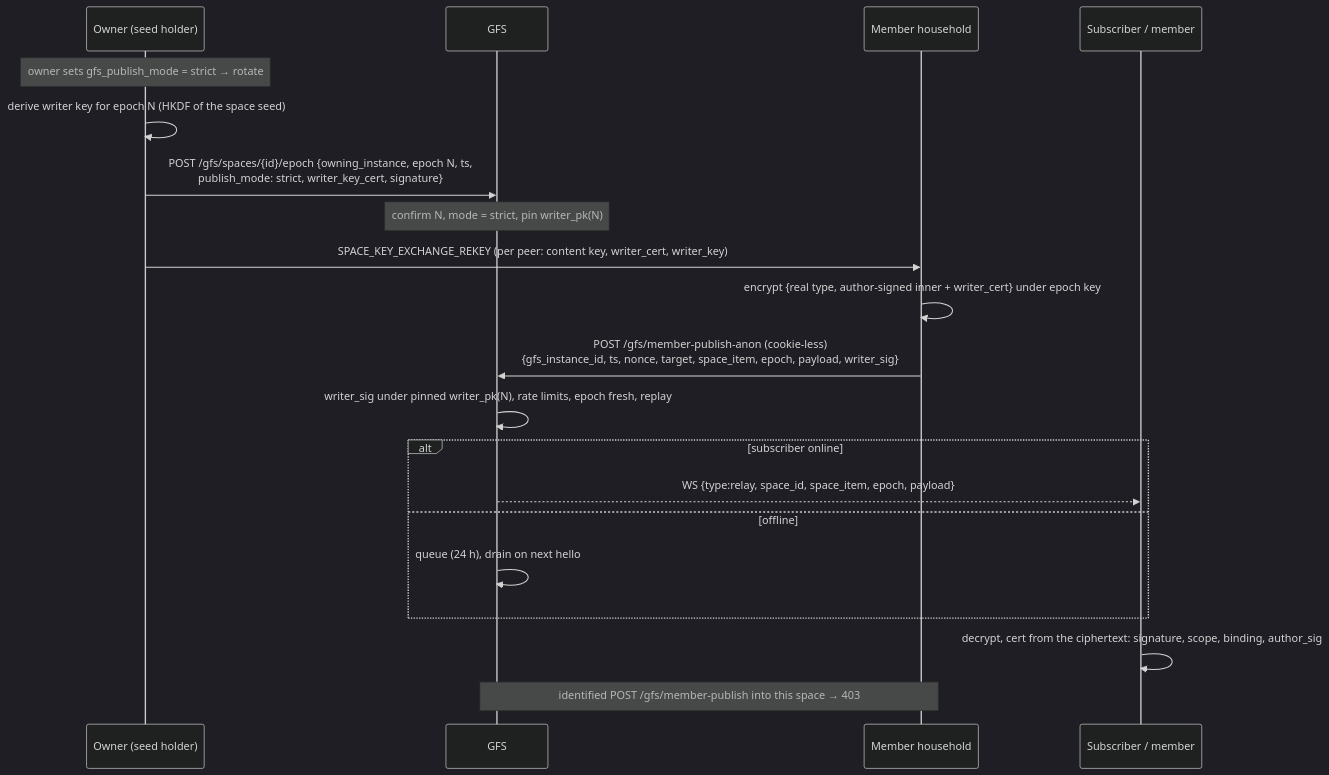
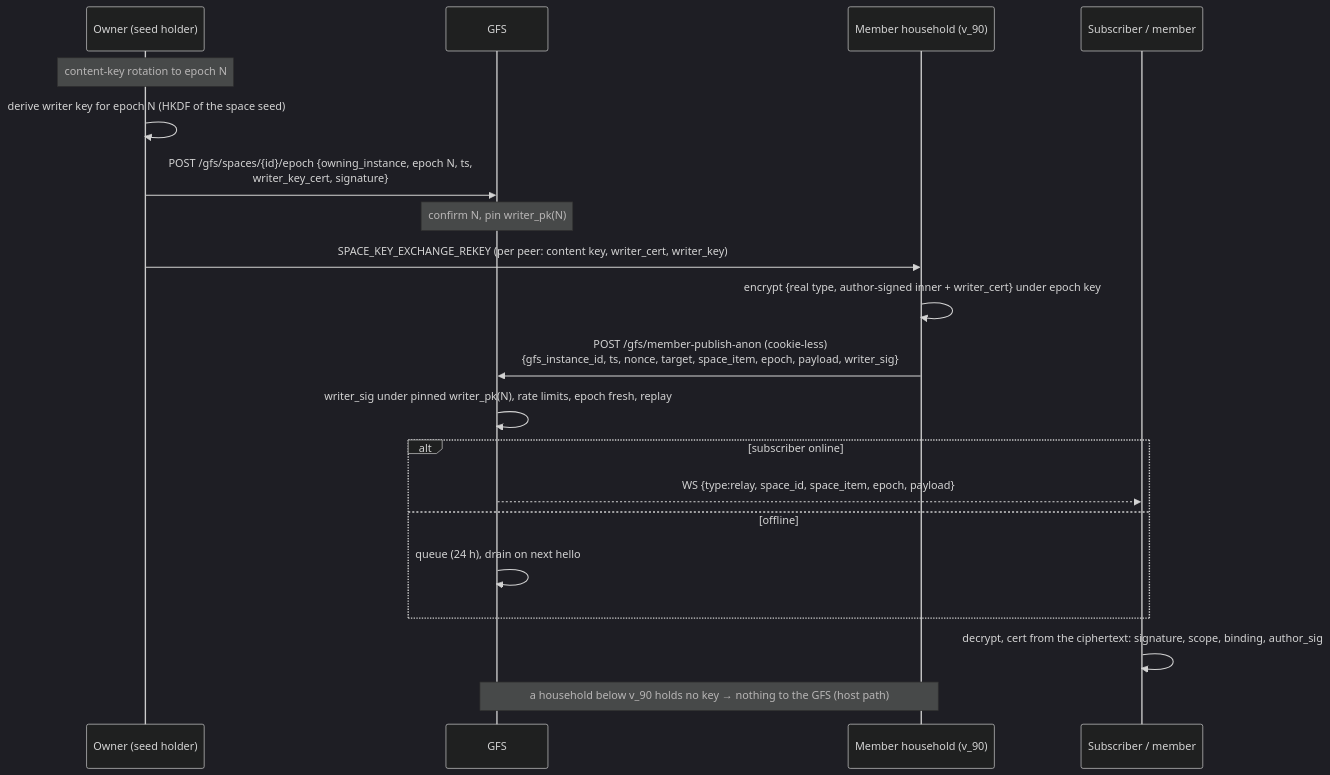
One commit to social-home-io/socialhome changed the tenth of 15 diagrams in docs/protocol/discovery.md. Above: the diagram before and after it, drawn with Mermaid (dark theme). The commit also changed other lines of this file and 52 other files, not shown here.

First line of the commit message:
Drop the GFS publish-mode toggle; tests and docs for one anonymous mode

````diff
--- a/docs/protocol/discovery.md
+++ b/docs/protocol/discovery.md
@@ -2712,22 +2627,22 @@
 ```mermaid
 sequenceDiagram
     participant O as Owner (seed holder)
     participant G as GFS
-    participant M as Member household
+    participant M as Member household (v_90)
     participant S as Subscriber / member
-    Note over O: owner sets gfs_publish_mode = strict → rotate
+    Note over O: content-key rotation to epoch N
     O->>O: derive writer key for epoch N (HKDF of the space seed)
-    O->>G: POST /gfs/spaces/{id}/epoch {owning_instance, epoch N, ts,<br/>publish_mode: strict, writer_key_cert, signature}
-    Note over G: confirm N, mode = strict, pin writer_pk(N)
+    O->>G: POST /gfs/spaces/{id}/epoch {owning_instance, epoch N, ts,<br/>writer_key_cert, signature}
+    Note over G: confirm N, pin writer_pk(N)
     O->>M: SPACE_KEY_EXCHANGE_REKEY (per peer: content key, writer_cert, writer_key)
     M->>M: encrypt {real type, author-signed inner + writer_cert} under epoch key
     M->>G: POST /gfs/member-publish-anon (cookie-less)<br/>{gfs_instance_id, ts, nonce, target, space_item, epoch, payload, writer_sig}
     G->>G: writer_sig under pinned writer_pk(N), rate limits, epoch fresh, replay
     alt subscriber online
         G-->>S: WS {type:relay, space_id, space_item, epoch, payload}
     else offline
         G->>G: queue (24 h), drain on next hello
     end
     S->>S: decrypt, cert from the ciphertext: signature, scope, binding, author_sig
-    Note over M,G: identified POST /gfs/member-publish into this space → 403
+    Note over M,G: a household below v_90 holds no key → nothing to the GFS (host path)
 ```
````
